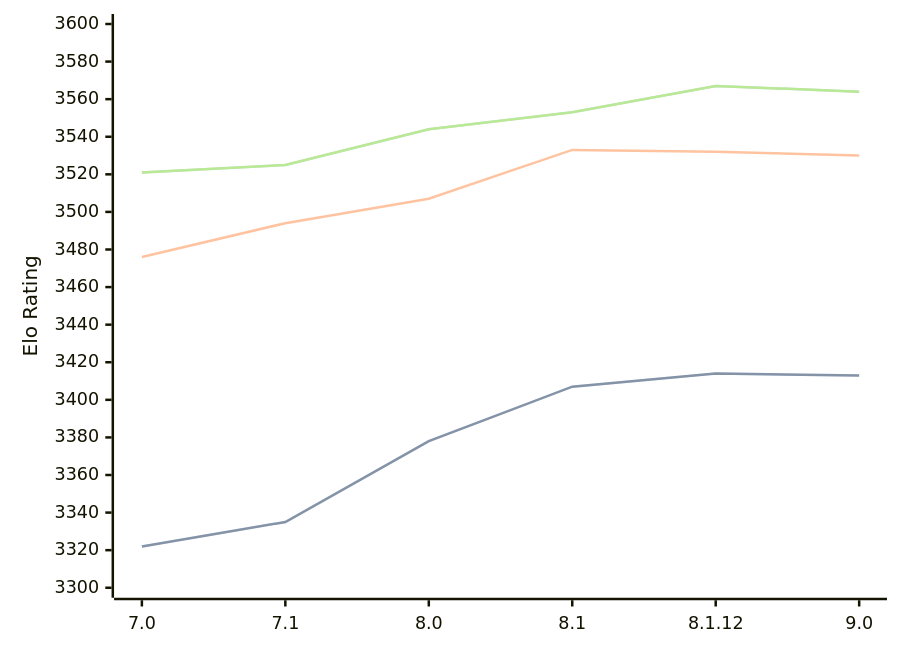
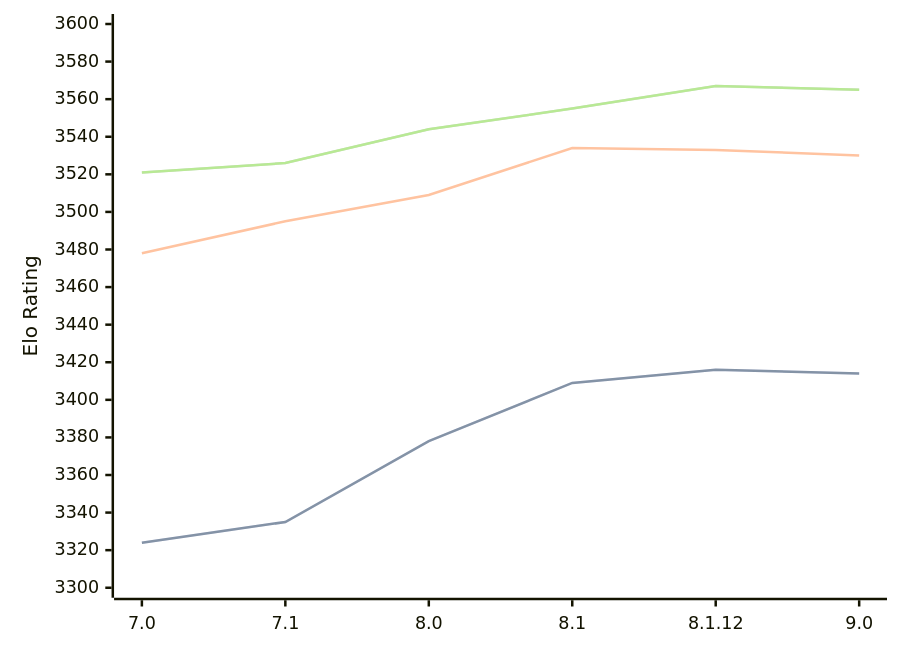
One commit to computer-chess-index/cci changed the first of 3 diagrams in engines/Alexandria.md. Above: the diagram before and after it, drawn with Mermaid. The commit also changed other lines of this file, not shown here.

Commit message:
Update CCI Ratings (ELO VLTC) - 2026-07-02

````diff
--- a/engines/Alexandria.md
+++ b/engines/Alexandria.md
@@ -55,11 +55,11 @@
 ```mermaid
 %%{init: {"theme":"base","themeVariables":{"seriesColors:['#a3a3a3','#222221','#faa371']}}}%%
 xychart-beta
   x-axis ["7.0", "7.1", "8.0", "8.1", "8.1.12", "9.0"]
   y-axis "Elo Rating" 3300 --> 3600
-  line "STC (8.0+0.08s)" [3322, 3335, 3378, 3407, 3414, 3413]
-  line "STC (8.0+0.08s)" [3322, 3335, 3378, 3407, 3414, 3413]
-  line "LTC (60.0+0.60s)" [3476, 3494, 3507, 3533, 3532, 3530]
-  line "VLTC (2m24s+1.12s)" [3521, 3525, 3544, 3553, 3567, 3564]
-  line "VLTC (2m24s+1.12s)" [3521, 3525, 3544, 3553, 3567, 3564]
+  line "STC (8.0+0.08s)" [3324, 3335, 3378, 3409, 3416, 3414]
+  line "STC (8.0+0.08s)" [3324, 3335, 3378, 3409, 3416, 3414]
+  line "LTC (60.0+0.60s)" [3478, 3495, 3509, 3534, 3533, 3530]
+  line "VLTC (2m24s+1.12s)" [3521, 3526, 3544, 3555, 3567, 3565]
+  line "VLTC (2m24s+1.12s)" [3521, 3526, 3544, 3555, 3567, 3565]
 ```
````
